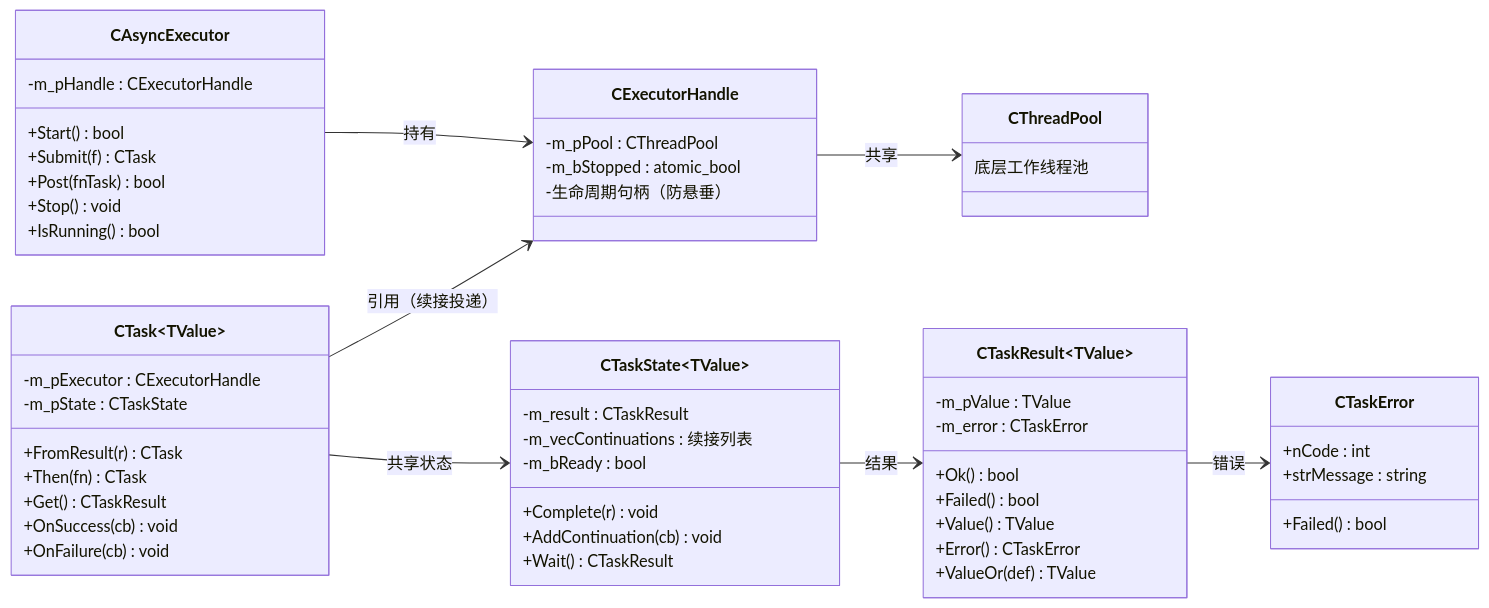
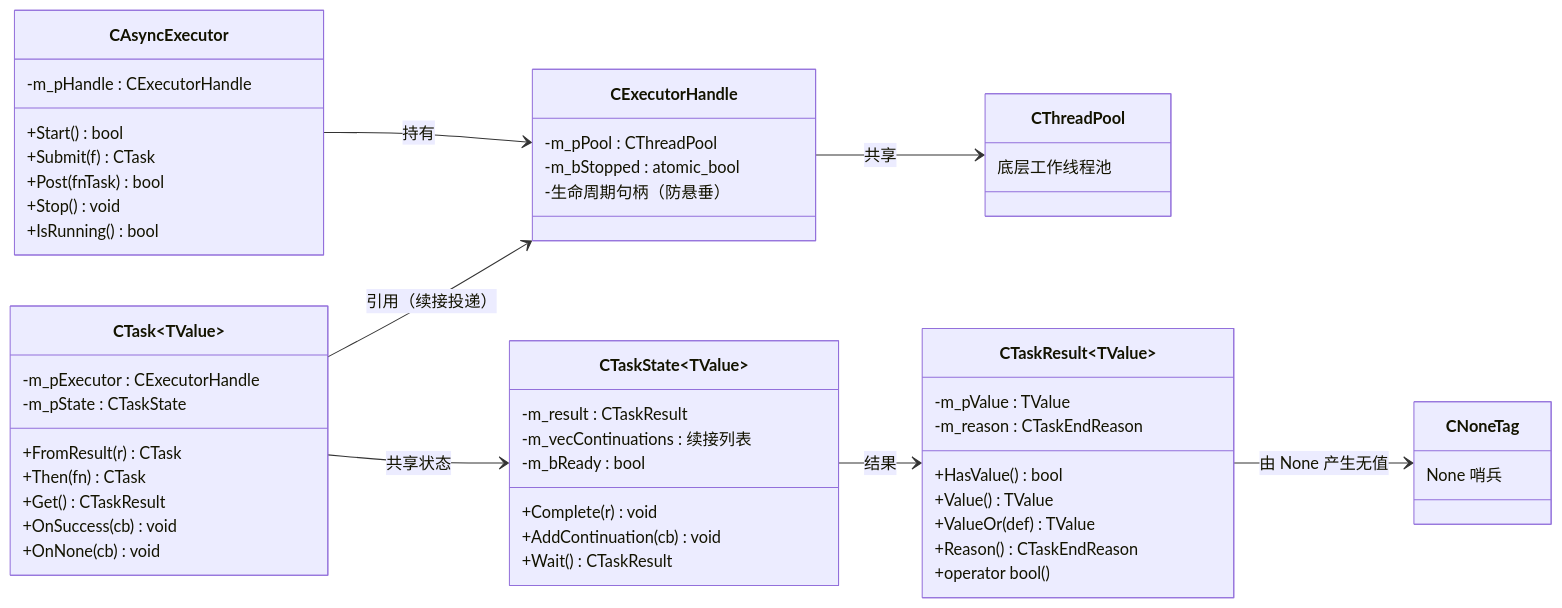
The first of 13 diagrams in Common/Async/docs/async-nothrow.md (MYMarcoreus/COM-Framework), drawn with Mermaid before and after one commit. The commit also changed other lines of this file and 6 other files, not shown here.

````diff
--- a/Common/Async/docs/async-nothrow.md
+++ b/Common/Async/docs/async-nothrow.md
@@ -44,59 +59,57 @@
 ```mermaid
 classDiagram
     direction LR
 
     class CAsyncExecutor {
         +Start() bool
         +Submit(f) CTask
         +Post(fnTask) bool
         +Stop() void
         +IsRunning() bool
         -m_pHandle : CExecutorHandle
     }
     class CExecutorHandle {
         -m_pPool : CThreadPool
         -m_bStopped : atomic_bool
         -生命周期句柄（防悬垂）
     }
     class CThreadPool {
         底层工作线程池
     }
     class CTask~TValue~ {
         +FromResult(r) CTask
         +Then(fn) CTask
         +Get() CTaskResult
         +OnSuccess(cb) void
-        +OnFailure(cb) void
+        +OnNone(cb) void
         -m_pExecutor : CExecutorHandle
         -m_pState : CTaskState
     }
     class CTaskState~TValue~ {
         +Complete(r) void
         +AddContinuation(cb) void
         +Wait() CTaskResult
         -m_result : CTaskResult
         -m_vecContinuations : 续接列表
         -m_bReady : bool
     }
     class CTaskResult~TValue~ {
-        +Ok() bool
-        +Failed() bool
+        +HasValue() bool
         +Value() TValue
-        +Error() CTaskError
         +ValueOr(def) TValue
+        +Reason() CTaskEndReason
+        +operator bool()
         -m_pValue : TValue
-        -m_error : CTaskError
+        -m_reason : CTaskEndReason
     }
-    class CTaskError {
-        +nCode : int
-        +strMessage : string
-        +Failed() bool
+    class CNoneTag {
+        None 哨兵
     }
 
     CAsyncExecutor --> CExecutorHandle : 持有
     CExecutorHandle --> CThreadPool : 共享
     CTask --> CExecutorHandle : 引用（续接投递）
     CTask --> CTaskState : 共享状态
     CTaskState --> CTaskResult : 结果
-    CTaskResult --> CTaskError : 错误
+    CTaskResult --> CNoneTag : 由 None 产生无值
 ```
````
